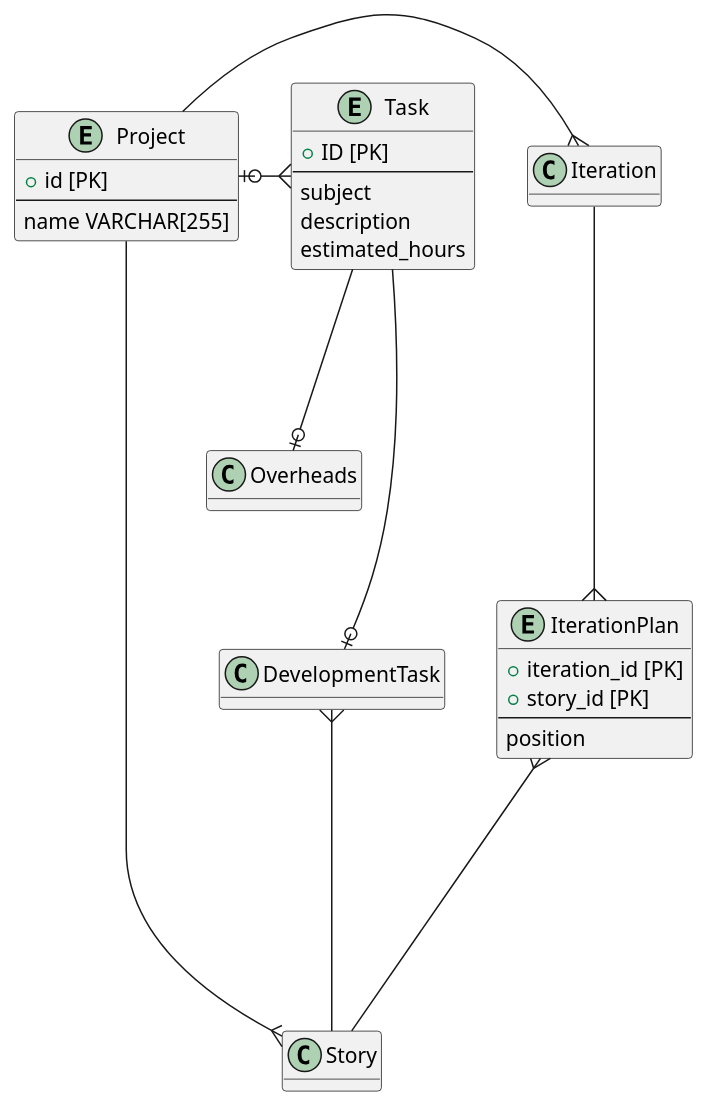
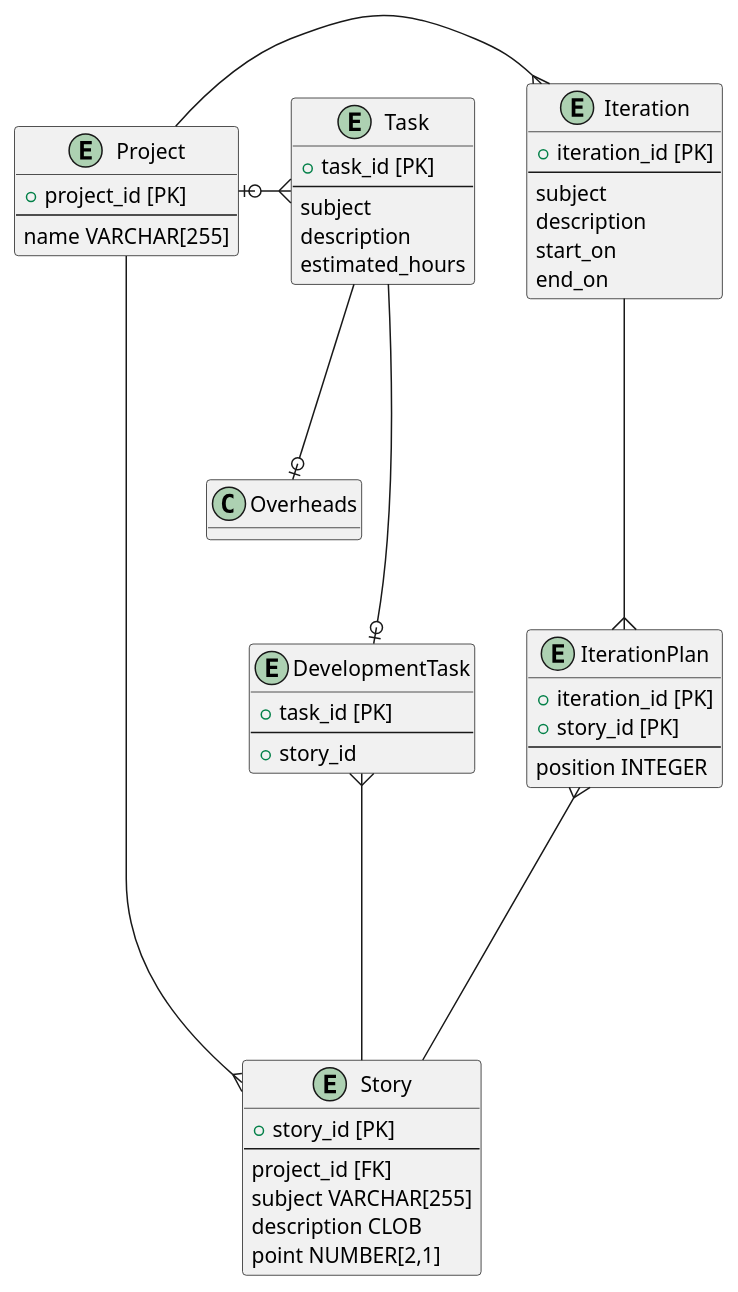
The diagram in model.puml (kawasima/rascaloid), drawn with PlantUML before and after one commit. The commit also changed 9 other files, not shown here.

```diff
--- a/model.puml
+++ b/model.puml
@@ -1,34 +1,57 @@
 @startuml
 hide methods
 hide stereotypes
 
 entity Project {
-  + id [PK]
+  + project_id [PK]
   --
   name VARCHAR[255]
 }
 
+entity Story {
+  + story_id [PK]
+  --
+  project_id [FK]
+  subject VARCHAR[255]
+  description CLOB
+  point NUMBER[2,1]
+}
 entity Task {
-  + ID [PK]
+  + task_id [PK]
   --
   subject
   description
   estimated_hours
 }
 
 entity IterationPlan {
   + iteration_id [PK]
   + story_id [PK]
   --
-  position
+  position INTEGER
+}
+
+entity Iteration {
+  + iteration_id [PK]
+  --
+  subject
+  description
+  start_on
+  end_on
+}
+
+entity DevelopmentTask {
+  + task_id [PK]
+  --
+  + story_id
 }
 
 Project --right--{ Iteration
 Project ----{ Story
 Iteration ----{ IterationPlan
 IterationPlan }---- Story
 Project |o--right--{ Task
 Task ---o| DevelopmentTask
 Task ---o| Overheads
 DevelopmentTask }---- Story
 @enduml
```
